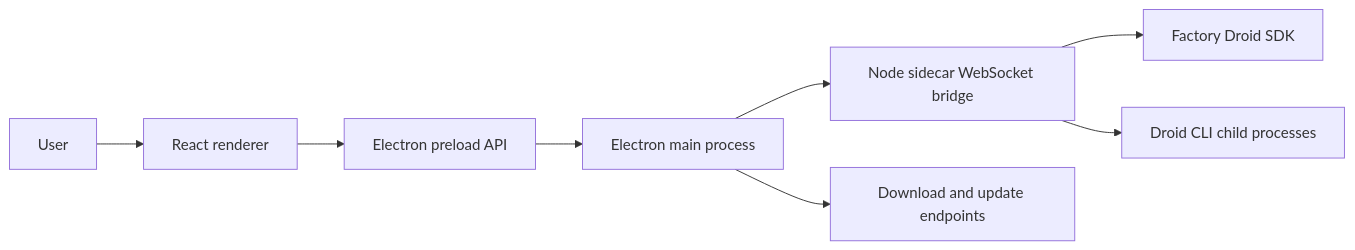
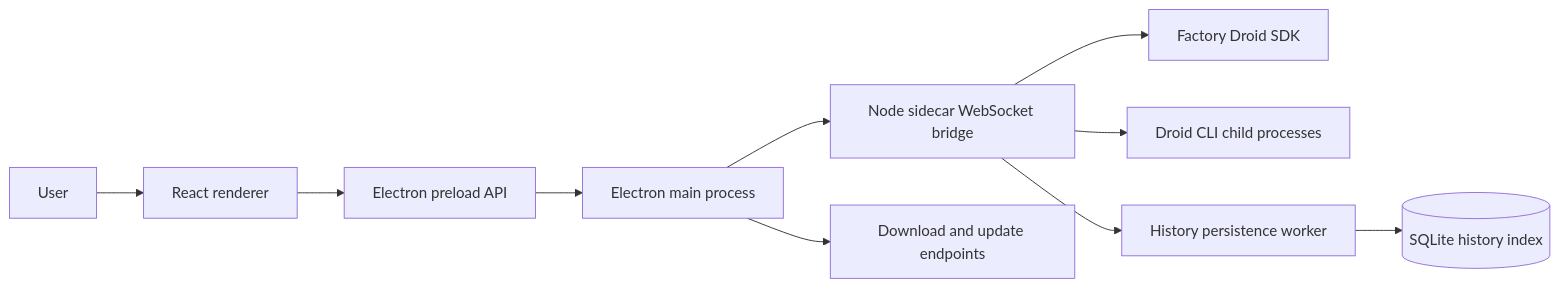
One commit to droidex-anas/droid-maxxing changed the diagram in docs/architecture.md. Above: the diagram before and after it, drawn with Mermaid. The commit also changed other lines of this file and 20 other files, not shown here.

Commit message:
perf(history): add worker-backed write-behind persistence

````diff
--- a/docs/architecture.md
+++ b/docs/architecture.md
@@ -7,10 +7,12 @@
 ```mermaid
 flowchart LR
   User[User] --> Renderer[React renderer]
   Renderer --> Preload[Electron preload API]
   Preload --> Main[Electron main process]
   Main --> Sidecar[Node sidecar WebSocket bridge]
   Sidecar --> DroidSDK[Factory Droid SDK]
   Sidecar --> DroidCLI[Droid CLI child processes]
+  Sidecar --> HistoryWorker[History persistence worker]
+  HistoryWorker --> SQLite[(SQLite history index)]
   Main --> Updater[Download and update endpoints]
 ```
````
